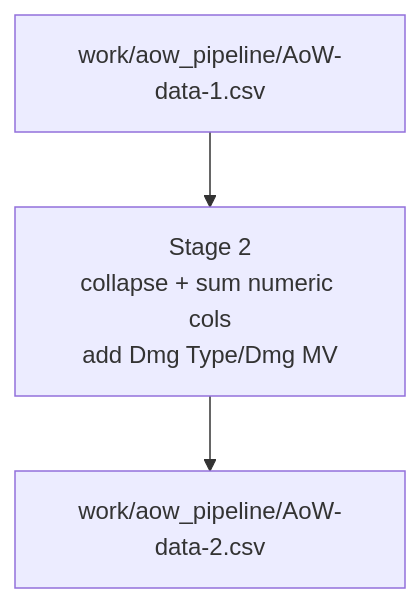
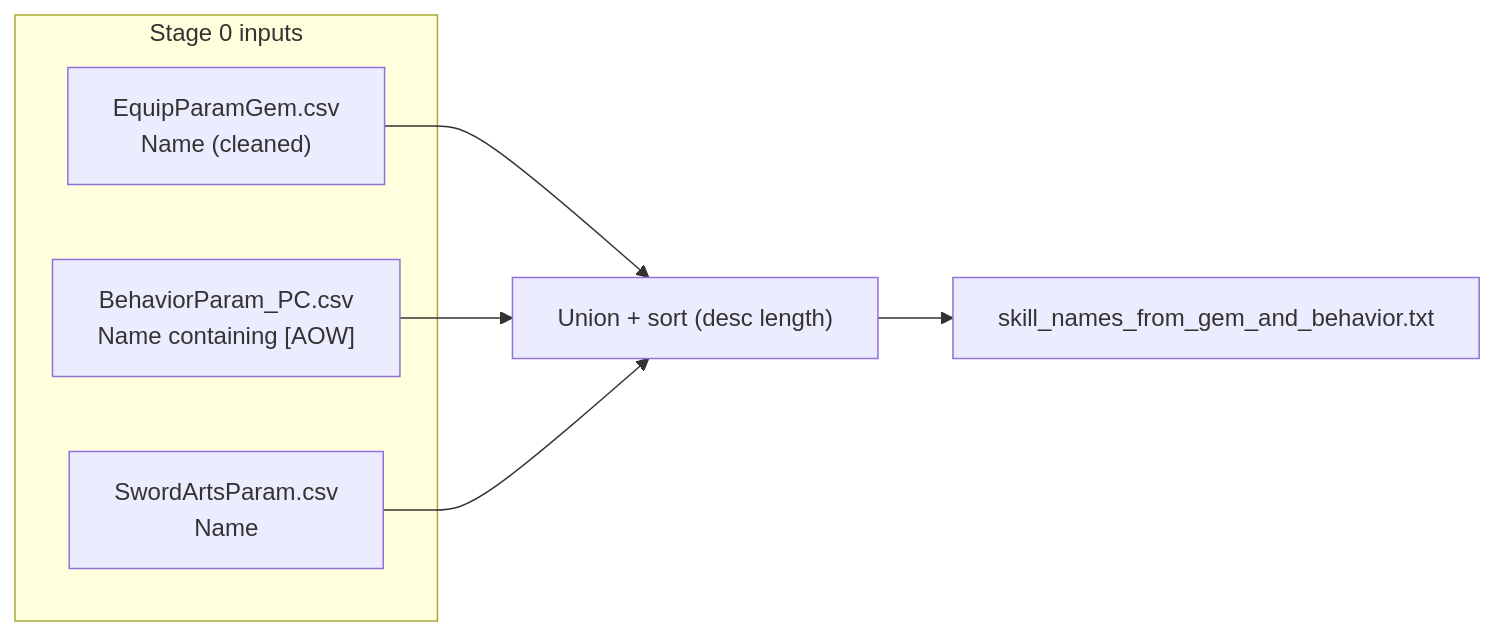
One commit to Dub1n/SotE-Detailed-Item-Descriptions changed the first of 4 diagrams in docs/aow_pipeline_overview.md. Above: the diagram before and after it, drawn with Mermaid. The commit also changed other lines of this file and 2 other files, not shown here.

Commit message:
Document AoW pipeline and stance derivation

````diff
--- a/docs/aow_pipeline_overview.md
+++ b/docs/aow_pipeline_overview.md
@@ -52,4 +18,12 @@
 ```mermaid
-flowchart TD
-  A["work/aow_pipeline/AoW-data-1.csv"] --> B["Stage 2<br>collapse + sum numeric cols<br>add Dmg Type/Dmg MV"] --> C["work/aow_pipeline/AoW-data-2.csv"]
+flowchart LR
+  subgraph Stage0Inputs["Stage 0 inputs"]
+    gemNames["EquipParamGem.csv<br>Name (cleaned)"]
+    behaviorNames["BehaviorParam_PC.csv<br>Name containing [AOW]"]
+    swordArtsNames["SwordArtsParam.csv<br>Name"]
+  end
+  combine0["Union + sort (desc length)"] --> output0["skill_names_from_gem_and_behavior.txt"]
+  gemNames --> combine0
+  behaviorNames --> combine0
+  swordArtsNames --> combine0
 ```
````
